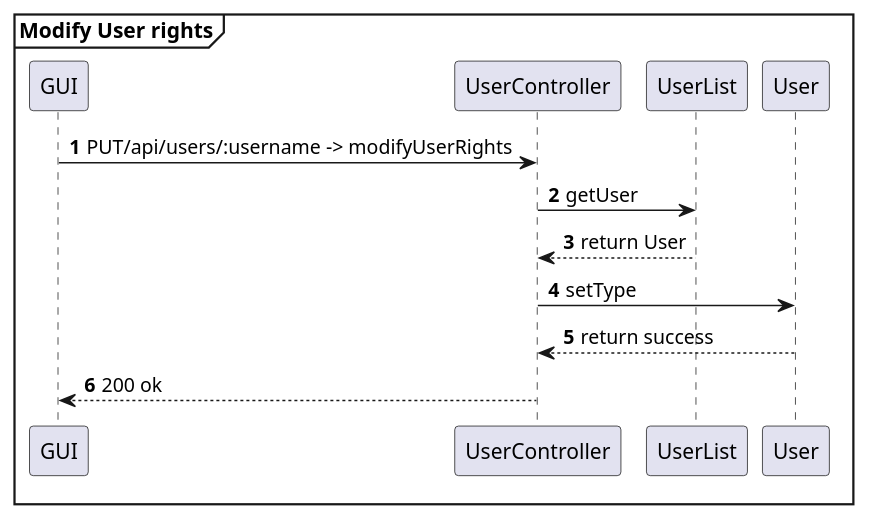
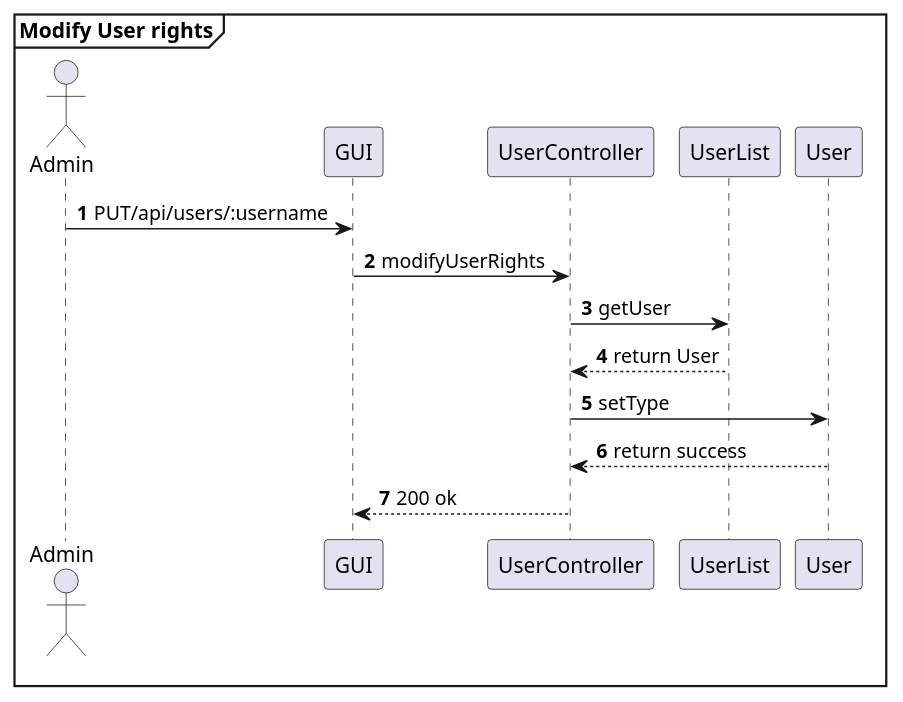
Before and after one commit to AlexZampa/EzWh: the fourth of 15 diagrams in DesignDocument.md, drawn with PlantUML. The commit also changed other lines of this file, not shown here.

````diff
--- a/DesignDocument.md
+++ b/DesignDocument.md
@@ -390,18 +390,20 @@
 ```plantuml
 @startuml
 mainframe **Modify User rights**
+actor Admin
 participant GUI
 participant UserController
 participant UserList
 participant User
 
 autonumber
-GUI -> UserController : PUT/api/users/:username -> modifyUserRights
+Admin -> GUI : PUT/api/users/:username
+GUI -> UserController : modifyUserRights
 UserController -> UserList : getUser
 UserController <-- UserList : return User
 UserController -> User : setType
 UserController <-- User : return success
 GUI <-- UserController : 200 ok
 
 @enduml
 ```
````
